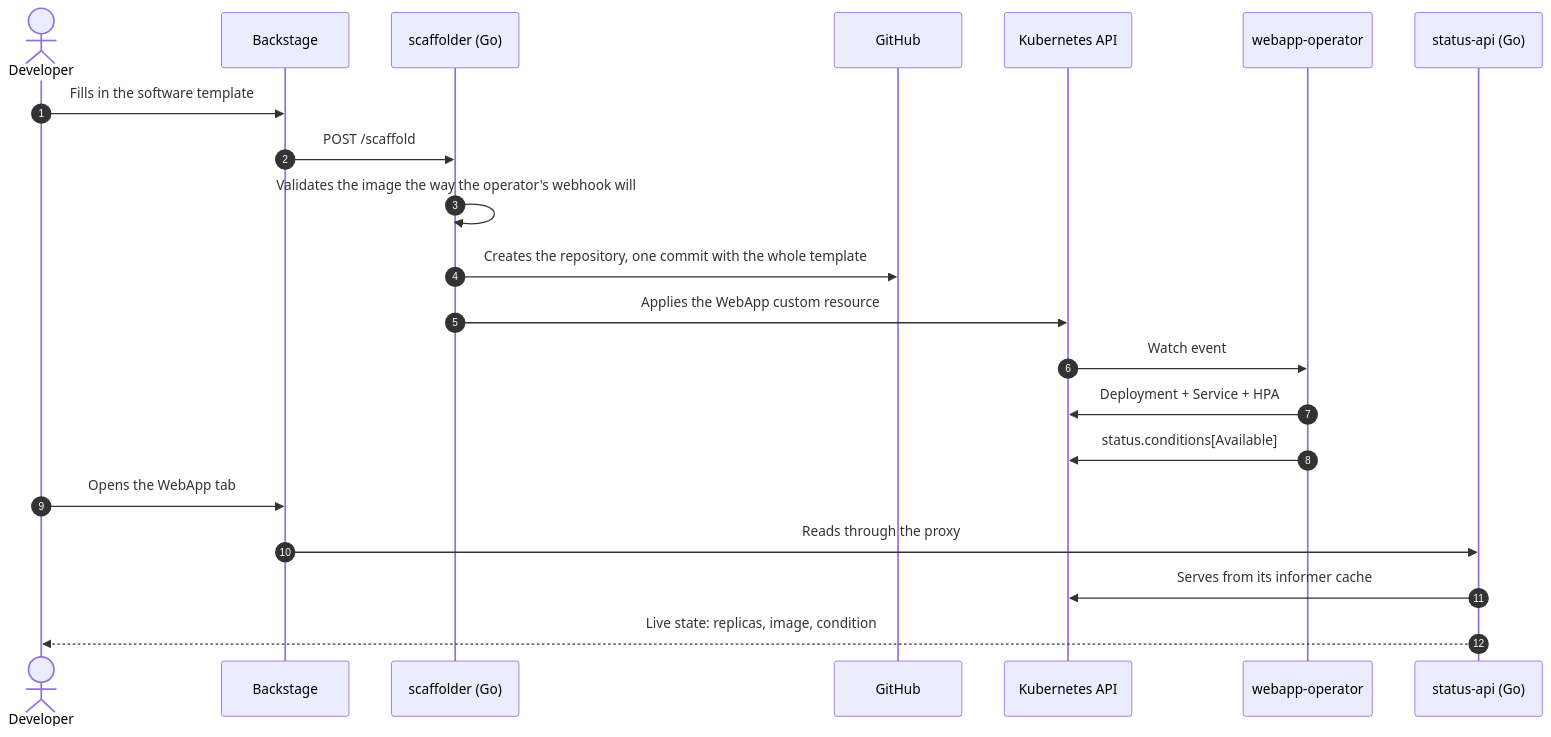
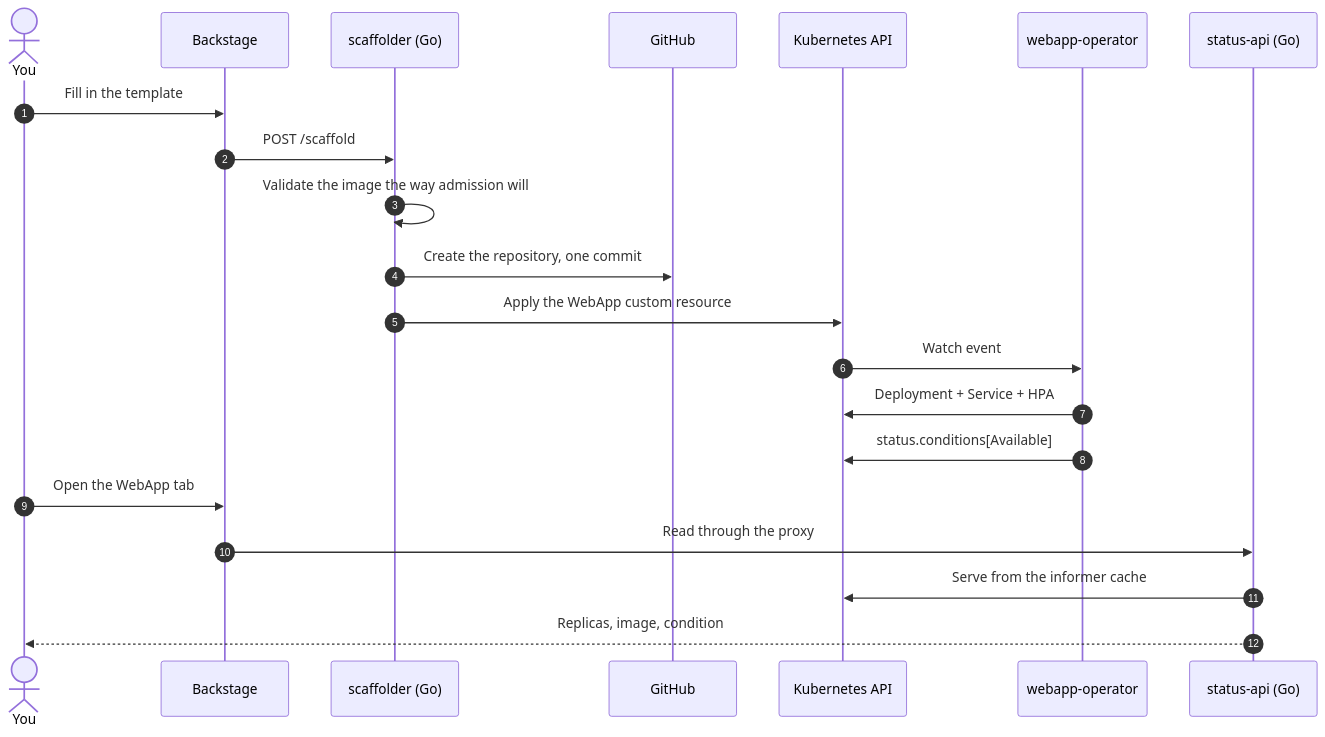
The diagram in docs/index.md (Mampiz/idp-backstage), drawn with Mermaid before and after one commit. The commit also changed other lines of this file and 24 other files, not shown here.

````diff
--- a/docs/index.md
+++ b/docs/index.md
@@ -17,24 +35,24 @@
 ```mermaid
 sequenceDiagram
     autonumber
-    actor Dev as Developer
+    actor Dev as You
     participant BS as Backstage
     participant SC as scaffolder (Go)
     participant GH as GitHub
     participant K8s as Kubernetes API
     participant OP as webapp-operator
     participant ST as status-api (Go)
 
-    Dev->>BS: Fills in the software template
+    Dev->>BS: Fill in the template
     BS->>SC: POST /scaffold
-    SC->>SC: Validates the image the way the operator's webhook will
-    SC->>GH: Creates the repository, one commit with the whole template
-    SC->>K8s: Applies the WebApp custom resource
+    SC->>SC: Validate the image the way admission will
+    SC->>GH: Create the repository, one commit
+    SC->>K8s: Apply the WebApp custom resource
     K8s->>OP: Watch event
     OP->>K8s: Deployment + Service + HPA
     OP->>K8s: status.conditions[Available]
-    Dev->>BS: Opens the WebApp tab
-    BS->>ST: Reads through the proxy
-    ST->>K8s: Serves from its informer cache
-    ST-->>Dev: Live state: replicas, image, condition
+    Dev->>BS: Open the WebApp tab
+    BS->>ST: Read through the proxy
+    ST->>K8s: Serve from the informer cache
+    ST-->>Dev: Replicas, image, condition
 ```
````
